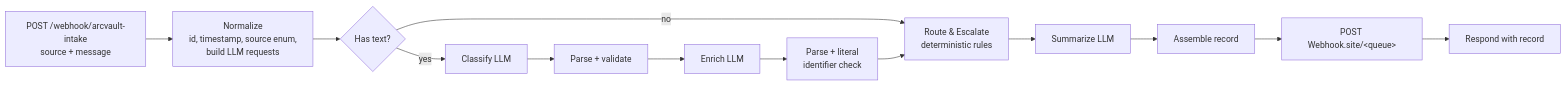
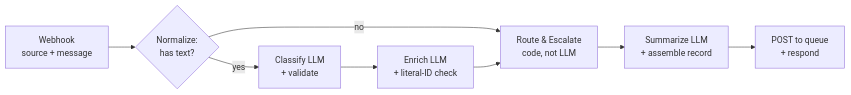
Before and after one commit to elnakibwafik-blip/arcvault-triage: the diagram in docs/ARCHITECTURE.md, drawn with Mermaid. The commit also changed other lines of this file and 14 other files, not shown here.

````diff
--- a/docs/ARCHITECTURE.md
+++ b/docs/ARCHITECTURE.md
@@ -5,10 +5,7 @@
 ```mermaid
 flowchart LR
-  A[POST /webhook/arcvault-intake<br>source + message] --> B[Normalize<br>id, timestamp, source enum,<br>build LLM requests]
-  B --> C{Has text?}
-  C -- yes --> D[Classify LLM] --> E[Parse + validate] --> F[Enrich LLM] --> G[Parse + literal<br>identifier check]
-  C -- no --> H
-  G --> H[Route & Escalate<br>deterministic rules]
-  H --> I[Summarize LLM] --> J[Assemble record]
-  J --> K[POST Webhook.site/&lt;queue&gt;] --> L[Respond with record]
+  A[Webhook<br>source + message] --> B{Normalize:<br>has text?}
+  B -- yes --> C[Classify LLM<br>+ validate] --> D[Enrich LLM<br>+ literal-ID check]
+  B -- no --> E
+  D --> E[Route & Escalate<br>code, not LLM] --> F[Summarize LLM<br>+ assemble record] --> G[POST to queue<br>+ respond]
 ```
````
